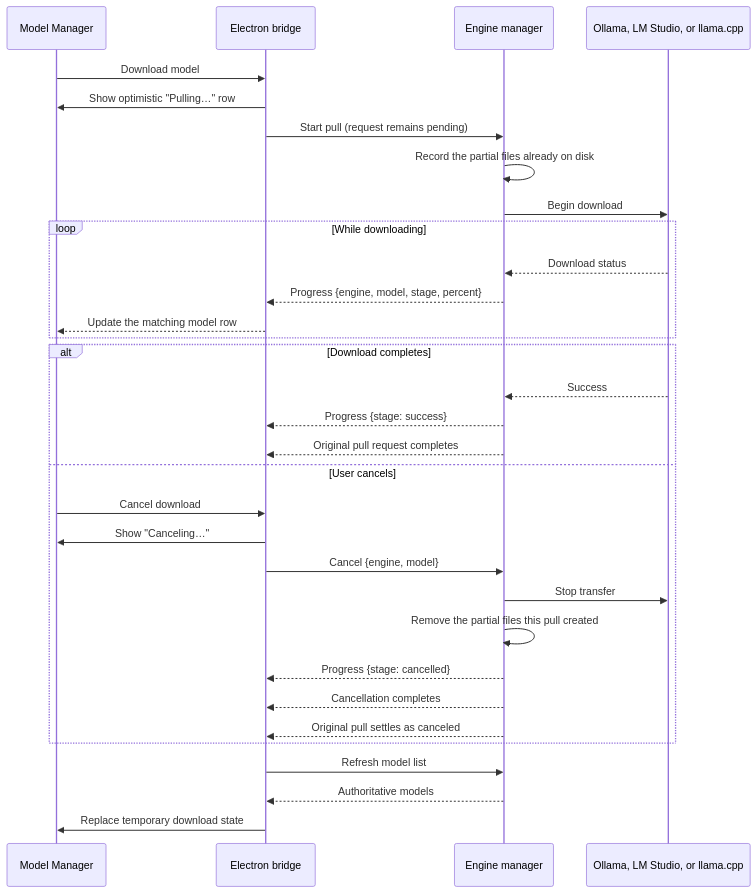
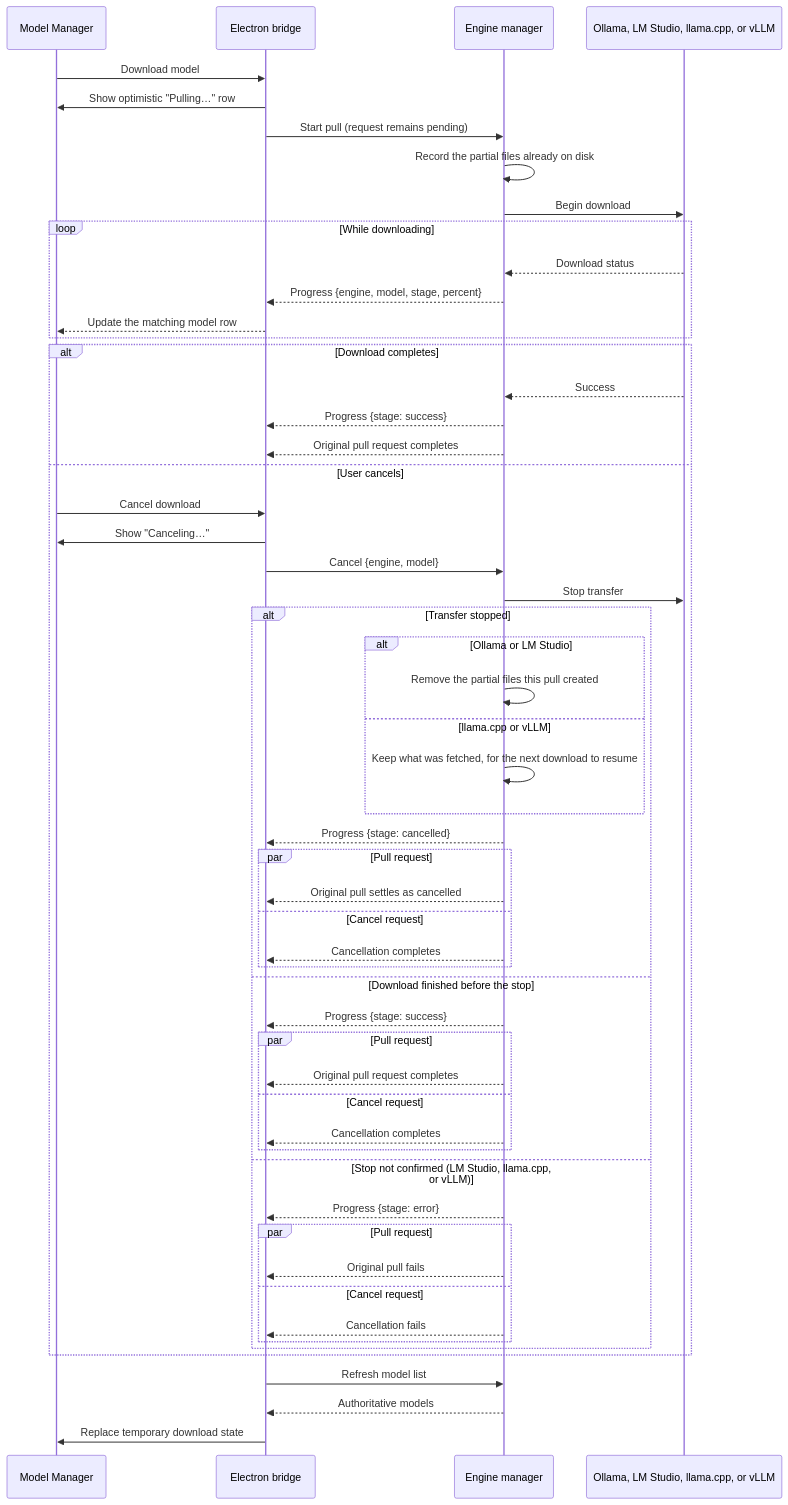
The first of 2 diagrams in desktop/docs/services-parity.md (NVIDIA/Personal-AI-Router), drawn with Mermaid before and after one commit. The commit also changed other lines of this file and 5 other files, not shown here.

First line of the commit message:
docs: describe download cancellation as it behaves

````diff
--- a/desktop/docs/services-parity.md
+++ b/desktop/docs/services-parity.md
@@ -400,38 +402,61 @@
 ```mermaid
 sequenceDiagram
     participant UI as Model Manager
     participant Bridge as Electron bridge
     participant Manager as Engine manager
-    participant Engine as Ollama, LM Studio, or llama.cpp
+    participant Engine as Ollama, LM Studio, llama.cpp, or vLLM
 
     UI->>Bridge: Download model
     Bridge->>UI: Show optimistic "Pulling…" row
     Bridge->>Manager: Start pull (request remains pending)
     Manager->>Manager: Record the partial files already on disk
     Manager->>Engine: Begin download
 
     loop While downloading
         Engine-->>Manager: Download status
         Manager-->>Bridge: Progress {engine, model, stage, percent}
         Bridge-->>UI: Update the matching model row
     end
 
     alt Download completes
         Engine-->>Manager: Success
         Manager-->>Bridge: Progress {stage: success}
         Manager-->>Bridge: Original pull request completes
     else User cancels
         UI->>Bridge: Cancel download
         Bridge->>UI: Show "Canceling…"
         Bridge->>Manager: Cancel {engine, model}
         Manager->>Engine: Stop transfer
-        Manager->>Manager: Remove the partial files this pull created
-        Manager-->>Bridge: Progress {stage: cancelled}
-        Manager-->>Bridge: Cancellation completes
-        Manager-->>Bridge: Original pull settles as canceled
+        alt Transfer stopped
+            alt Ollama or LM Studio
+                Manager->>Manager: Remove the partial files this pull created
+            else llama.cpp or vLLM
+                Manager->>Manager: Keep what was fetched, for the next download to resume
+            end
+            Manager-->>Bridge: Progress {stage: cancelled}
+            par Pull request
+                Manager-->>Bridge: Original pull settles as cancelled
+            and Cancel request
+                Manager-->>Bridge: Cancellation completes
+            end
+        else Download finished before the stop
+            Manager-->>Bridge: Progress {stage: success}
+            par Pull request
+                Manager-->>Bridge: Original pull request completes
+            and Cancel request
+                Manager-->>Bridge: Cancellation completes
+            end
+        else Stop not confirmed (LM Studio, llama.cpp, or vLLM)
+            Manager-->>Bridge: Progress {stage: error}
+            par Pull request
+                Manager-->>Bridge: Original pull fails
+            and Cancel request
+                Manager-->>Bridge: Cancellation fails
+            end
+        end
     end
 
     Bridge->>Manager: Refresh model list
     Manager-->>Bridge: Authoritative models
     Bridge->>UI: Replace temporary download state
 ```
````
